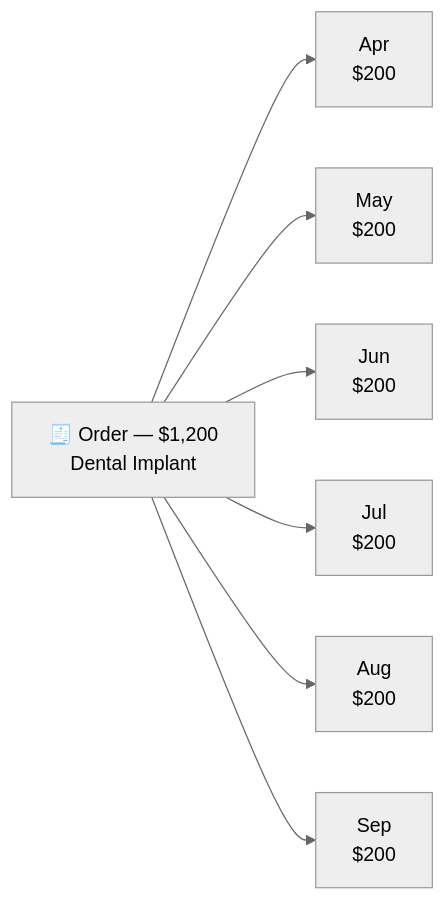
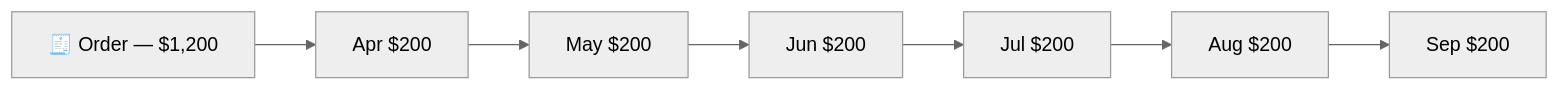
The third of 3 diagrams in docs/Payment Concepts/orders/index.md (Prahsys/prahsys-documentation-v2), drawn with Mermaid (neutral theme) before and after one commit. The commit also changed other lines of this file, not shown here.

````diff
--- a/docs/Payment Concepts/orders/index.md
+++ b/docs/Payment Concepts/orders/index.md
@@ -29,17 +45,4 @@
 ```mermaid
 flowchart LR
-    O["🧾 Order — $1,200
-    Dental Implant"]
-    O --> P1["Apr
-    $200"]
-    O --> P2["May
-    $200"]
-    O --> P3["Jun
-    $200"]
-    O --> P4["Jul
-    $200"]
-    O --> P5["Aug
-    $200"]
-    O --> P6["Sep
-    $200"]
+    O["🧾 Order — $1,200"] --> P1["Apr $200"] --> P2["May $200"] --> P3["Jun $200"] --> P4["Jul $200"] --> P5["Aug $200"] --> P6["Sep $200"]
 ```
````
